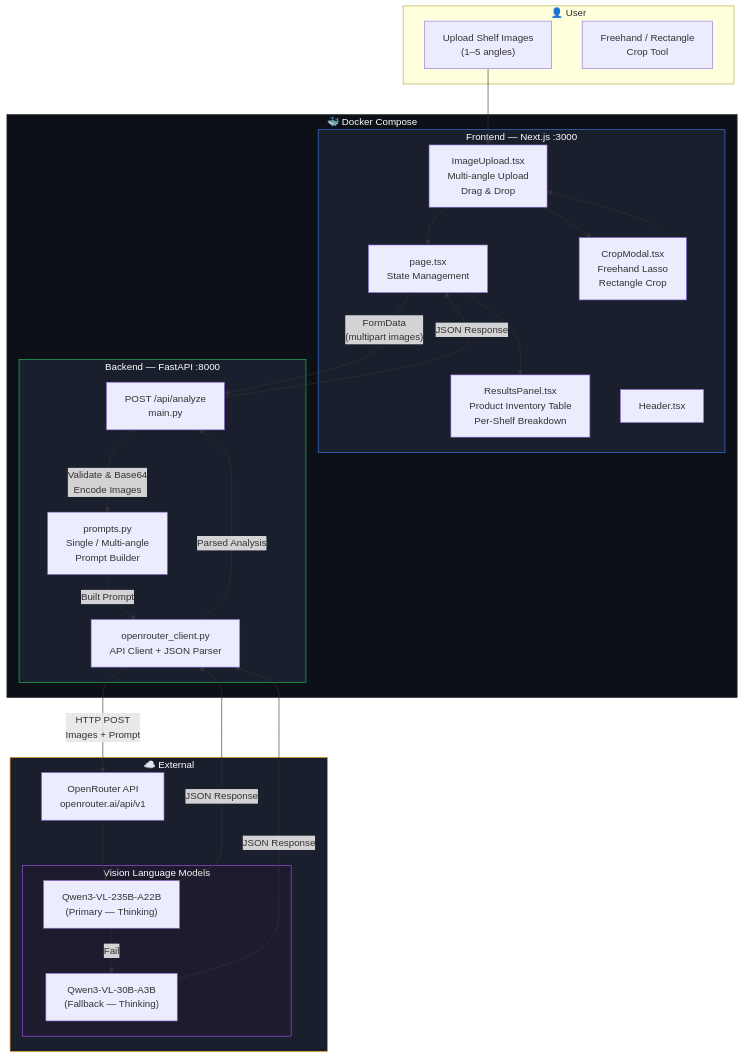
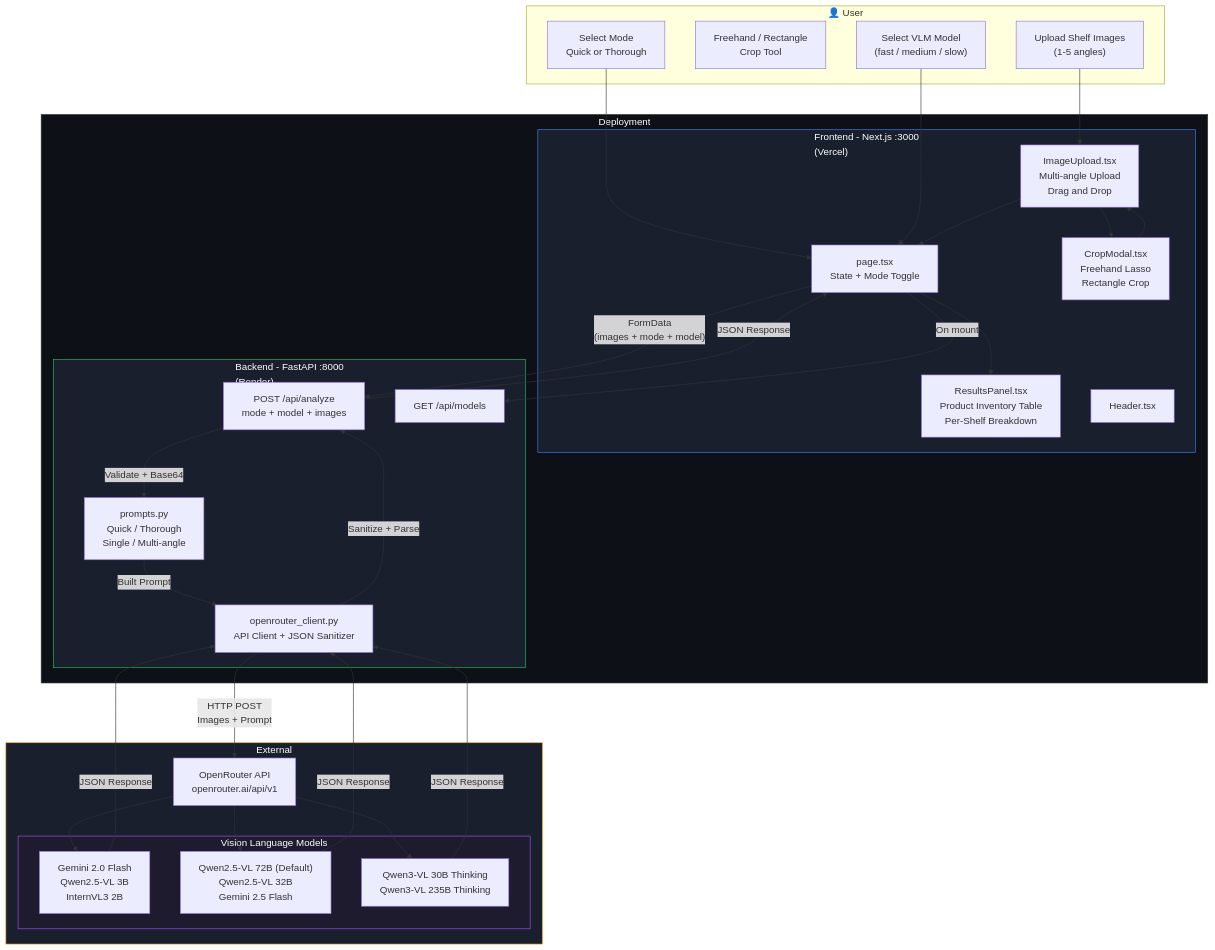
One commit to winnie-wildin/Automated-shelf-inventory-counting-system changed the first of 3 diagrams in architecture.md. Above: the diagram before and after it, drawn with Mermaid. The commit also changed other lines of this file, not shown here.

Commit message:
docs: update architecture diagrams with modes, model selector, and deployment info

````diff
--- a/architecture.md
+++ b/architecture.md
@@ -3,54 +3,63 @@
 ```mermaid
 flowchart TB
     subgraph User["👤 User"]
-        Upload["Upload Shelf Images<br/>(1–5 angles)"]
+        Upload["Upload Shelf Images<br/>(1-5 angles)"]
         Crop["Freehand / Rectangle<br/>Crop Tool"]
+        Mode["Select Mode<br/>Quick or Thorough"]
+        ModelPick["Select VLM Model<br/>(fast / medium / slow)"]
     end
 
-    subgraph Docker["🐳 Docker Compose"]
-        subgraph FE["Frontend — Next.js :3000"]
-            Page["page.tsx<br/>State Management"]
-            IU["ImageUpload.tsx<br/>Multi-angle Upload<br/>Drag & Drop"]
+    subgraph Infra["Deployment"]
+        subgraph FE["Frontend - Next.js :3000<br/>(Vercel)"]
+            Page["page.tsx<br/>State + Mode Toggle"]
+            IU["ImageUpload.tsx<br/>Multi-angle Upload<br/>Drag and Drop"]
             CM["CropModal.tsx<br/>Freehand Lasso<br/>Rectangle Crop"]
             RP["ResultsPanel.tsx<br/>Product Inventory Table<br/>Per-Shelf Breakdown"]
             Header["Header.tsx"]
         end
 
-        subgraph BE["Backend — FastAPI :8000"]
-            API["POST /api/analyze<br/>main.py"]
-            Prompts["prompts.py<br/>Single / Multi-angle<br/>Prompt Builder"]
-            ORC["openrouter_client.py<br/>API Client + JSON Parser"]
+        subgraph BE["Backend - FastAPI :8000<br/>(Render)"]
+            APIAnalyze["POST /api/analyze<br/>mode + model + images"]
+            APIModels["GET /api/models"]
+            Prompts["prompts.py<br/>Quick / Thorough<br/>Single / Multi-angle"]
+            ORC["openrouter_client.py<br/>API Client + JSON Sanitizer"]
         end
     end
 
-    subgraph External["☁️ External"]
+    subgraph External["External"]
         OR["OpenRouter API<br/>openrouter.ai/api/v1"]
         subgraph Models["Vision Language Models"]
-            Primary["Qwen3-VL-235B-A22B<br/>(Primary — Thinking)"]
-            Fallback["Qwen3-VL-30B-A3B<br/>(Fallback — Thinking)"]
+            Fast["Gemini 2.0 Flash<br/>Qwen2.5-VL 3B<br/>InternVL3 2B"]
+            Medium["Qwen2.5-VL 72B (Default)<br/>Qwen2.5-VL 32B<br/>Gemini 2.5 Flash"]
+            Slow["Qwen3-VL 30B Thinking<br/>Qwen3-VL 235B Thinking"]
         end
     end
 
     Upload --> IU
     IU --> CM
     CM --> IU
+    Mode --> Page
+    ModelPick --> Page
     IU --> Page
 
-    Page -->|"FormData<br/>(multipart images)"| API
-    API -->|"Validate & Base64<br/>Encode Images"| Prompts
+    Page -->|"FormData<br/>(images + mode + model)"| APIAnalyze
+    Page -->|"On mount"| APIModels
+    APIAnalyze -->|"Validate + Base64"| Prompts
     Prompts -->|"Built Prompt"| ORC
     ORC -->|"HTTP POST<br/>Images + Prompt"| OR
-    OR --> Primary
-    Primary -.->|"Fail"| Fallback
-    Primary -->|"JSON Response"| ORC
-    Fallback -->|"JSON Response"| ORC
-    ORC -->|"Parsed Analysis"| API
-    API -->|"JSON Response"| Page
+    OR --> Fast
+    OR --> Medium
+    OR --> Slow
+    Fast -->|"JSON Response"| ORC
+    Medium -->|"JSON Response"| ORC
+    Slow -->|"JSON Response"| ORC
+    ORC -->|"Sanitize + Parse"| APIAnalyze
+    APIAnalyze -->|"JSON Response"| Page
     Page --> RP
 
-    style Docker fill:#0d1117,stroke:#30363d,color:#fff
+    style Infra fill:#0d1117,stroke:#30363d,color:#fff
     style FE fill:#1a1f2e,stroke:#3b82f6,color:#fff
     style BE fill:#1a1f2e,stroke:#22c55e,color:#fff
     style External fill:#1a1f2e,stroke:#f59e0b,color:#fff
     style Models fill:#1e1b2e,stroke:#a855f7,color:#fff
 ```
````
